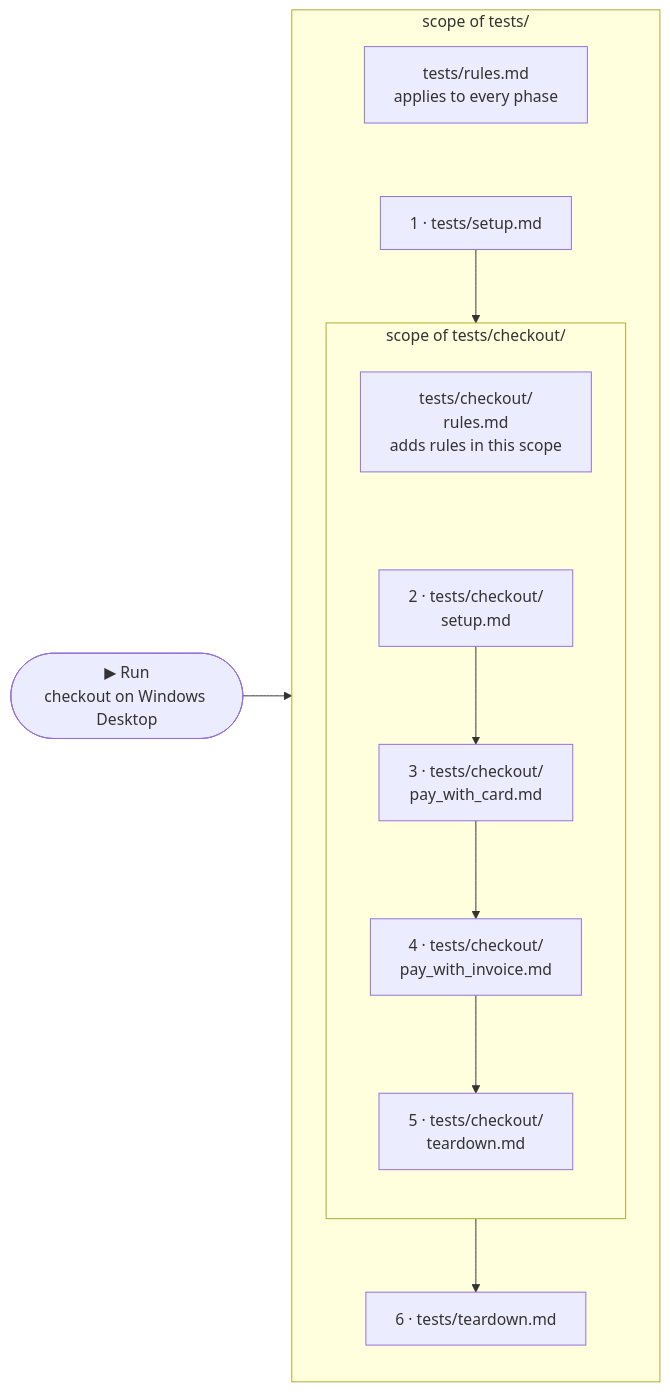
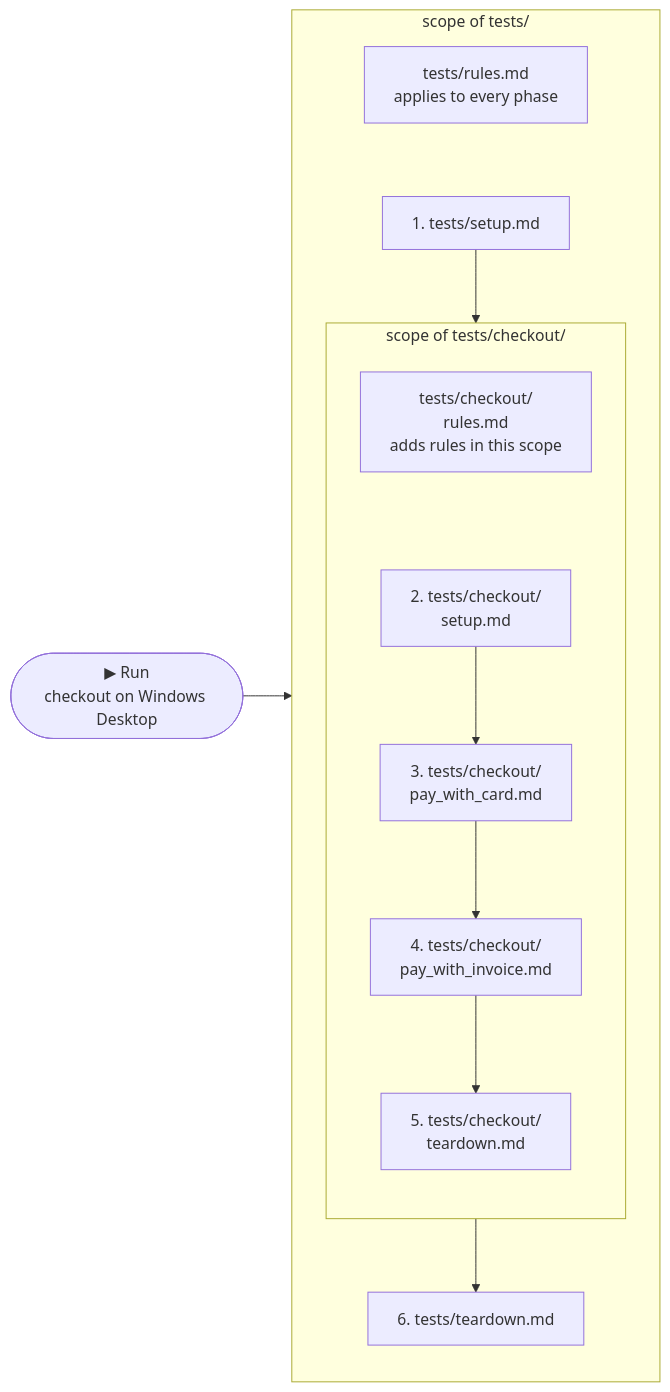
One commit to askui/docs-rewrite changed the diagram in content/docs/writing-tests/organisation.mdx. Above: the diagram before and after it, drawn with Mermaid. The commit also changed 5 other files, not shown here.

First line of the commit message:
docs: drop interpunct separators from diagram labels and step headings

````diff
--- a/content/docs/writing-tests/organisation.mdx
+++ b/content/docs/writing-tests/organisation.mdx
@@ -49,25 +49,25 @@
 ```mermaid
 flowchart LR
   RUN(["▶ Run
 checkout on Windows Desktop"]) --> A
   subgraph CHAIN["scope of tests/"]
     direction TB
     R1["tests/rules.md
 applies to every phase"]
-    R1 ~~~ A["1 · tests/setup.md"]
+    R1 ~~~ A["1. tests/setup.md"]
     subgraph CO["scope of tests/checkout/"]
       direction TB
       R2["tests/checkout/
 rules.md
 adds rules in this scope"]
-      R2 ~~~ B["2 · tests/checkout/
+      R2 ~~~ B["2. tests/checkout/
 setup.md"]
-      B --> C["3 · tests/checkout/
-pay_with_card.md"] --> D["4 · tests/checkout/
-pay_with_invoice.md"] --> E["5 · tests/checkout/
+      B --> C["3. tests/checkout/
+pay_with_card.md"] --> D["4. tests/checkout/
+pay_with_invoice.md"] --> E["5. tests/checkout/
 teardown.md"]
     end
     A --> B
-    E --> F["6 · tests/teardown.md"]
+    E --> F["6. tests/teardown.md"]
   end
 ```
````
